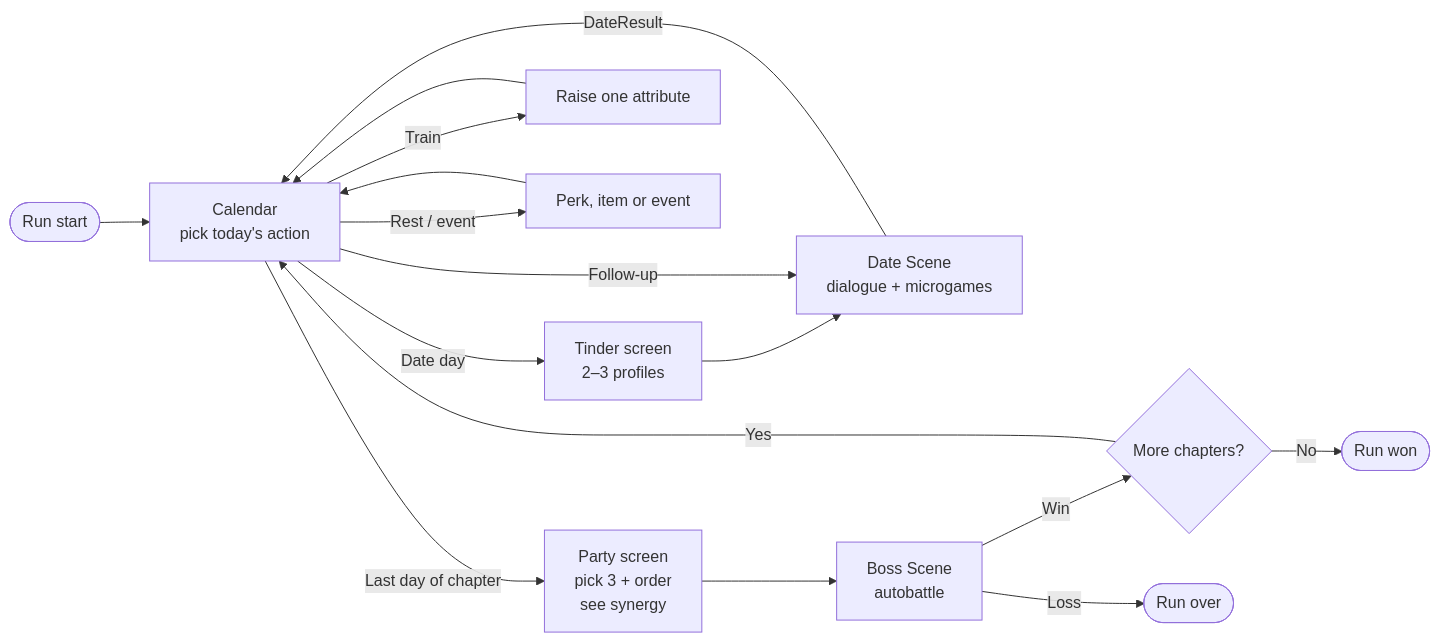
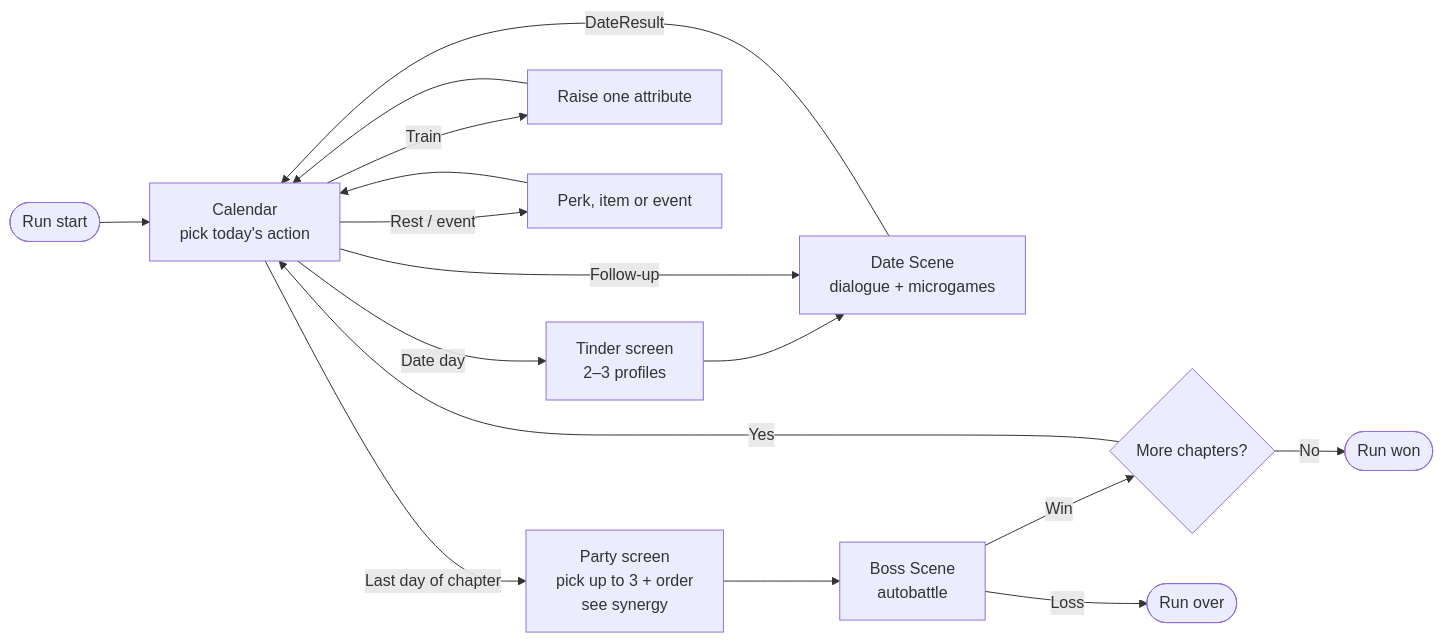
The diagram in docs/design/core-loop.md (ffrank89/speed.dating), drawn with Mermaid before and after one commit. The commit also changed other lines of this file and 17 other files, not shown here.

````diff
--- a/docs/design/core-loop.md
+++ b/docs/design/core-loop.md
@@ -17,18 +17,18 @@
 ```mermaid
 flowchart LR
     Start([Run start]) --> Cal
     Cal[Calendar<br/>pick today's action] -->|Date day| Tinder[Tinder screen<br/>2–3 profiles]
     Tinder --> Date[Date Scene<br/>dialogue + microgames]
     Cal -->|Follow-up| Date
     Cal -->|Train| Train[Raise one attribute]
     Cal -->|Rest / event| Event[Perk, item or event]
     Date -->|DateResult| Cal
     Train --> Cal
     Event --> Cal
-    Cal -->|Last day of chapter| Pick[Party screen<br/>pick 3 + order<br/>see synergy]
+    Cal -->|Last day of chapter| Pick[Party screen<br/>pick up to 3 + order<br/>see synergy]
     Pick --> Boss[Boss Scene<br/>autobattle]
     Boss -->|Win| Next{More chapters?}
     Next -->|Yes| Cal
     Next -->|No| Won([Run won])
     Boss -->|Loss| Lost([Run over])
 ```
````
